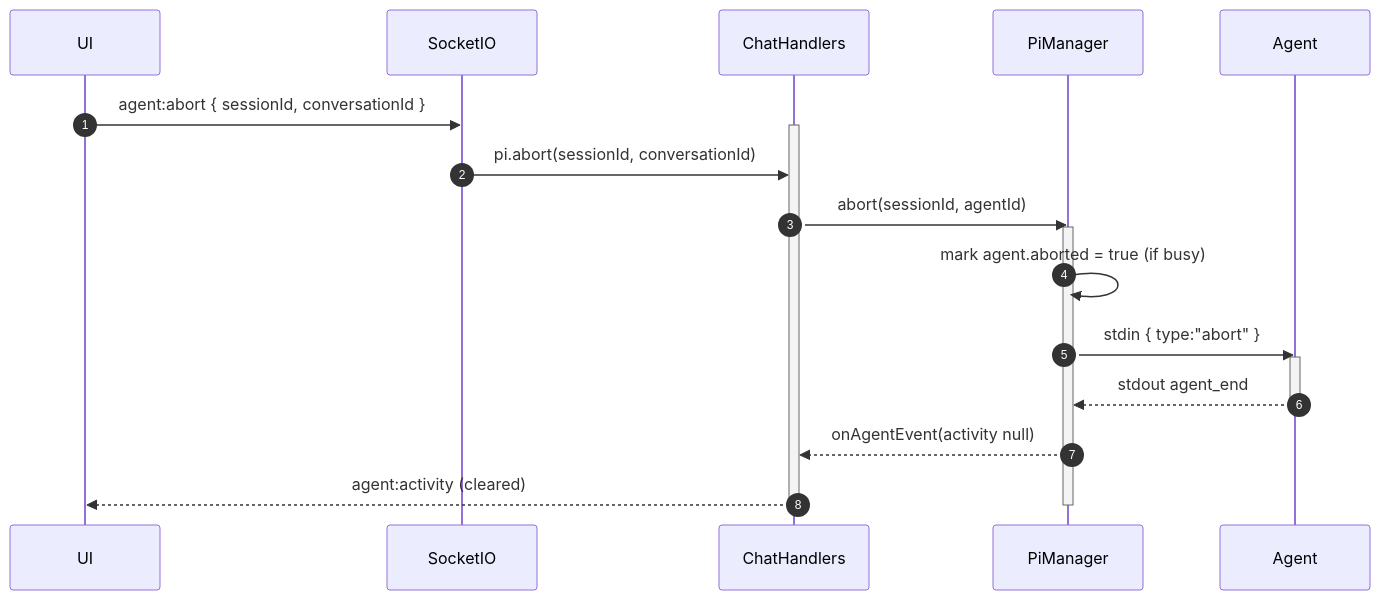
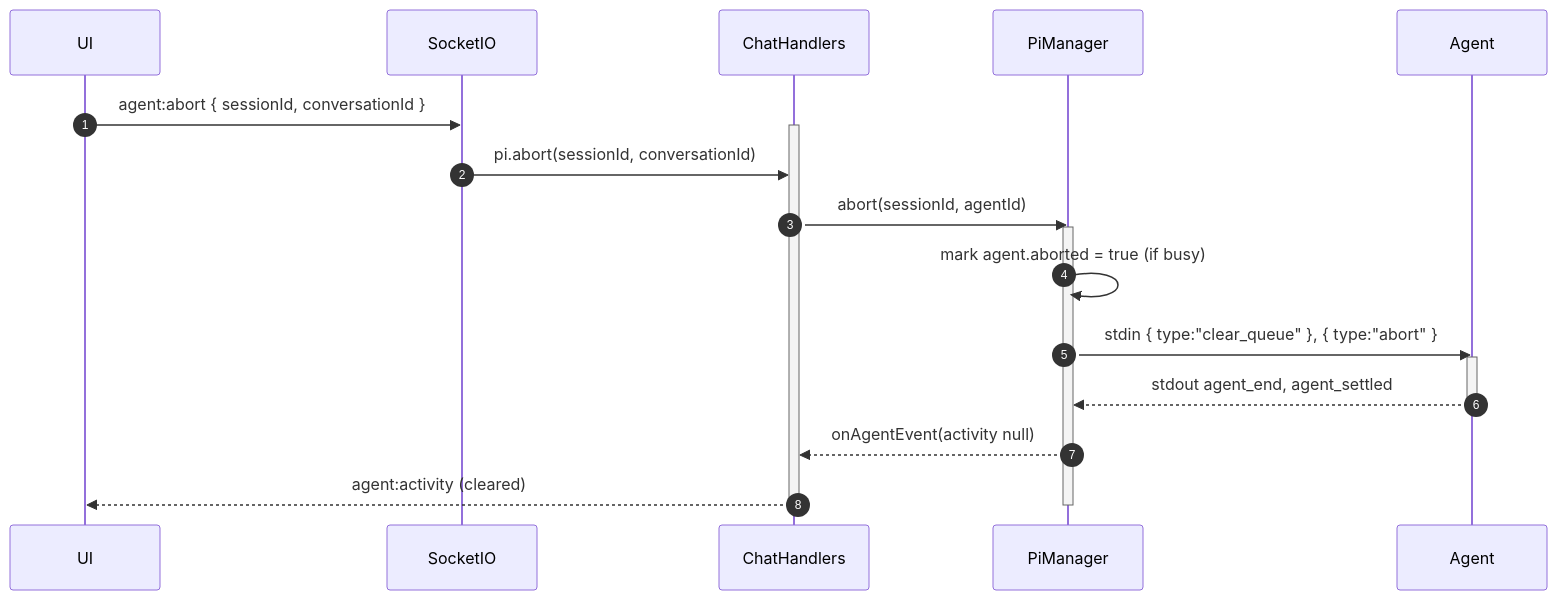
One commit to TangleML/tangent-shell changed the third of 5 diagrams in docs/server/ui-server-protocol.md. Above: the diagram before and after it, drawn with Mermaid. The commit also changed other lines of this file and 9 other files, not shown here.

````diff
--- a/docs/server/ui-server-protocol.md
+++ b/docs/server/ui-server-protocol.md
@@ -276,24 +276,24 @@
 ```mermaid
 sequenceDiagram
   autonumber
   participant UI
   participant Socket as SocketIO
   participant Handlers as ChatHandlers
   participant PiManager
   participant Agent
 
   UI->>Socket: agent:abort { sessionId, conversationId }
   activate Handlers
   Socket->>Handlers: pi.abort(sessionId, conversationId)
   Handlers->>PiManager: abort(sessionId, agentId)
   activate PiManager
   PiManager->>PiManager: mark agent.aborted = true (if busy)
-  PiManager->>Agent: stdin { type:"abort" }
+  PiManager->>Agent: stdin { type:"clear_queue" }, { type:"abort" }
   activate Agent
-  Agent-->>PiManager: stdout agent_end
+  Agent-->>PiManager: stdout agent_end, agent_settled
   deactivate Agent
   PiManager-->>Handlers: onAgentEvent(activity null)
   Handlers-->>UI: agent:activity (cleared)
   deactivate PiManager
   deactivate Handlers
 ```
````
